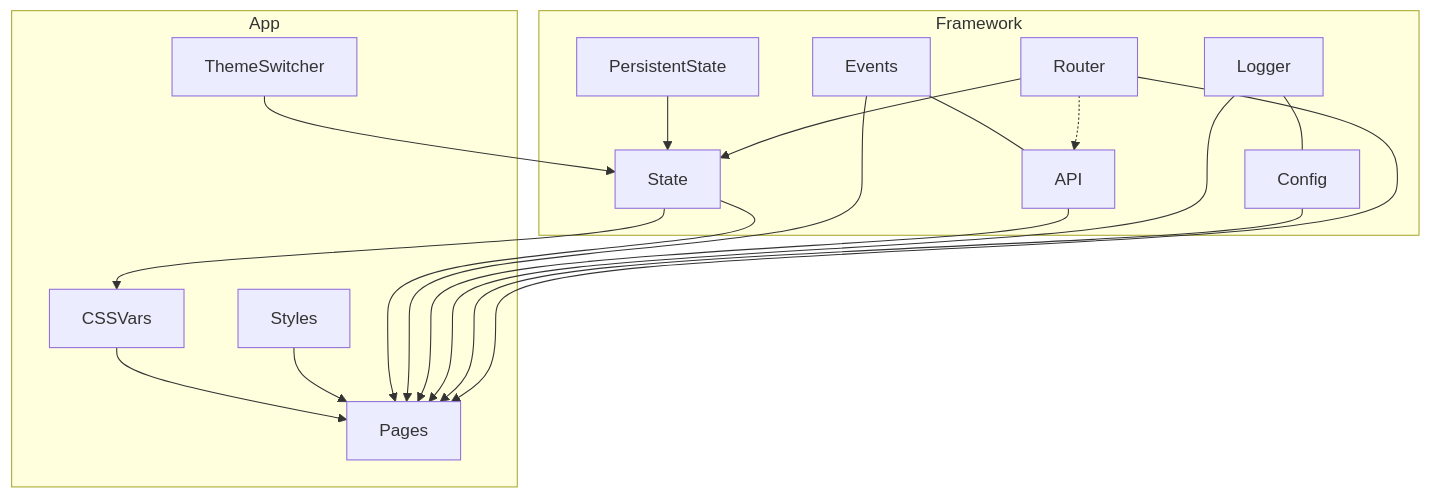
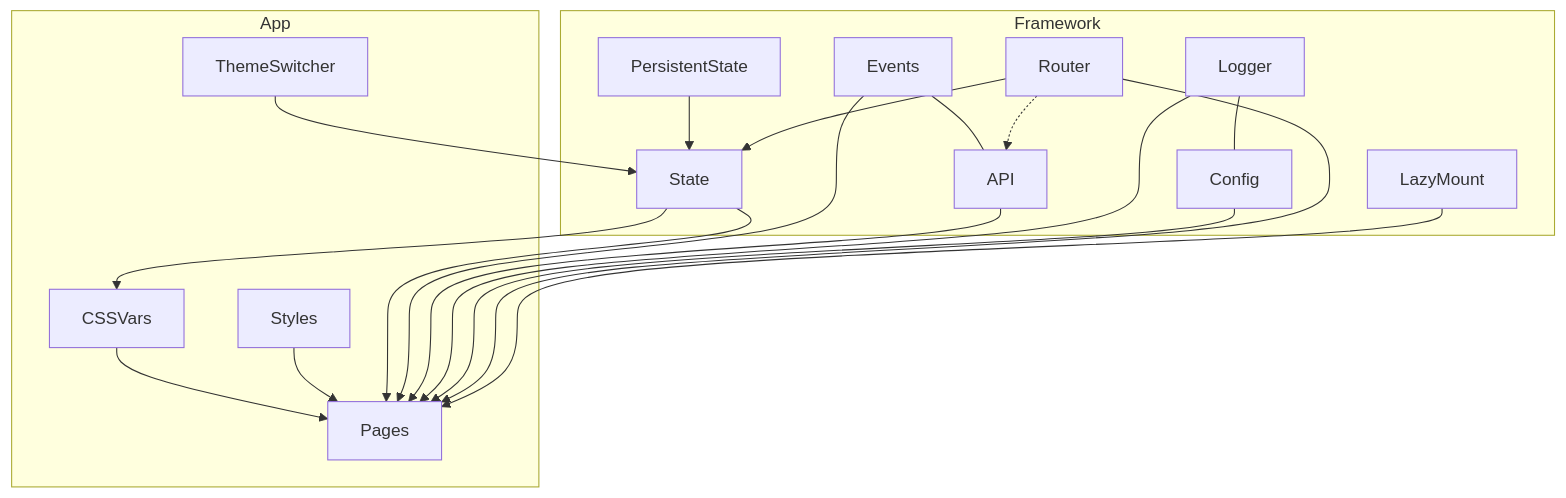
One commit to TatianaVeda/frontend-framework changed the first of 2 diagrams in framework/docs/architecture.md. Above: the diagram before and after it, drawn with Mermaid. The commit also changed other lines of this file and 5 other files, not shown here.

````diff
--- a/framework/docs/architecture.md
+++ b/framework/docs/architecture.md
@@ -33,36 +34,38 @@
 ```mermaid
 graph TD
   subgraph Framework
     PersistentState
     State
     Events
     API
     Logger
     Config
     Router
+    LazyMount
     %% 
     Events --- API
     Logger --- Config
   end
 
   subgraph App
     ThemeSwitcher
     CSSVars
     Styles
     Pages
   end
 
   PersistentState --> State
   ThemeSwitcher --> State
   State --> CSSVars
   CSSVars --> Pages
   Styles --> Pages
   State --> Pages
   Events --> Pages
   API --> Pages
   Logger --> Pages
   Config --> Pages
   Router --> Pages
   Router --> State
   Router -.-> API
+  LazyMount --> Pages
 ```
````
